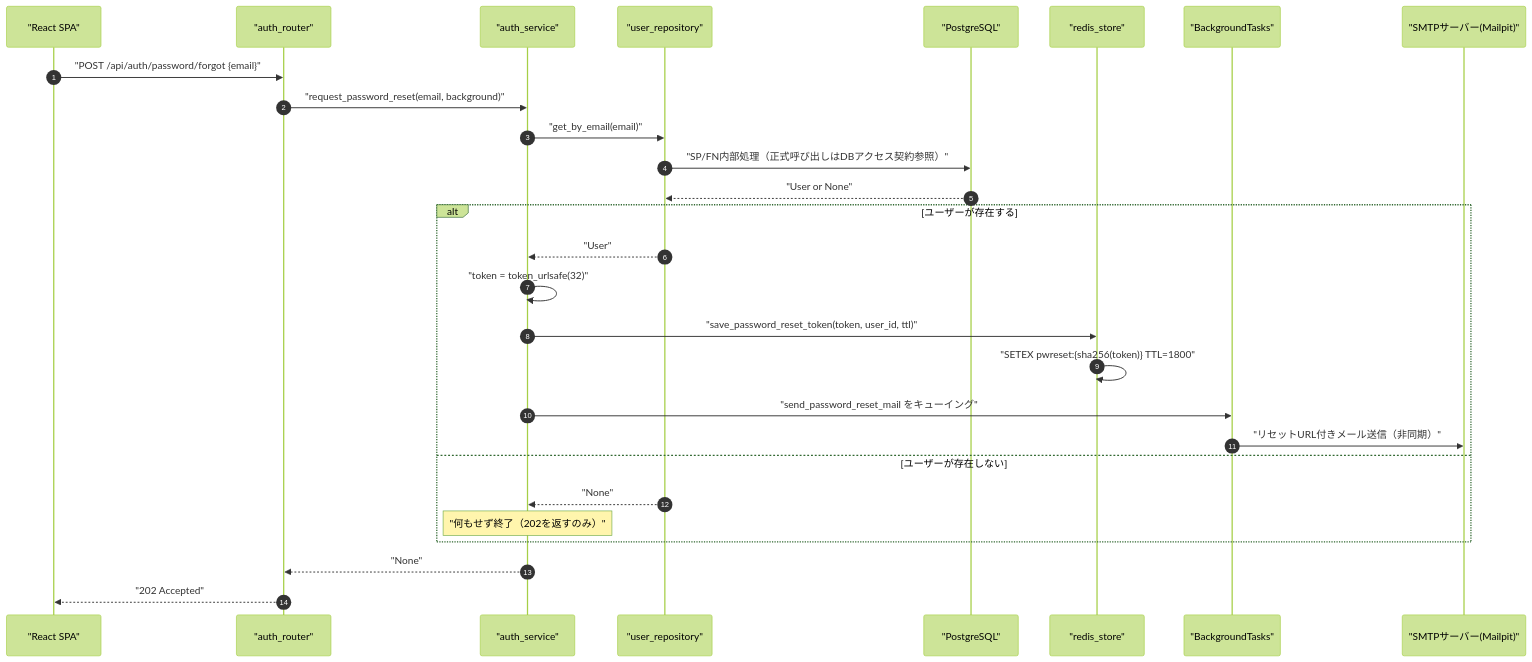
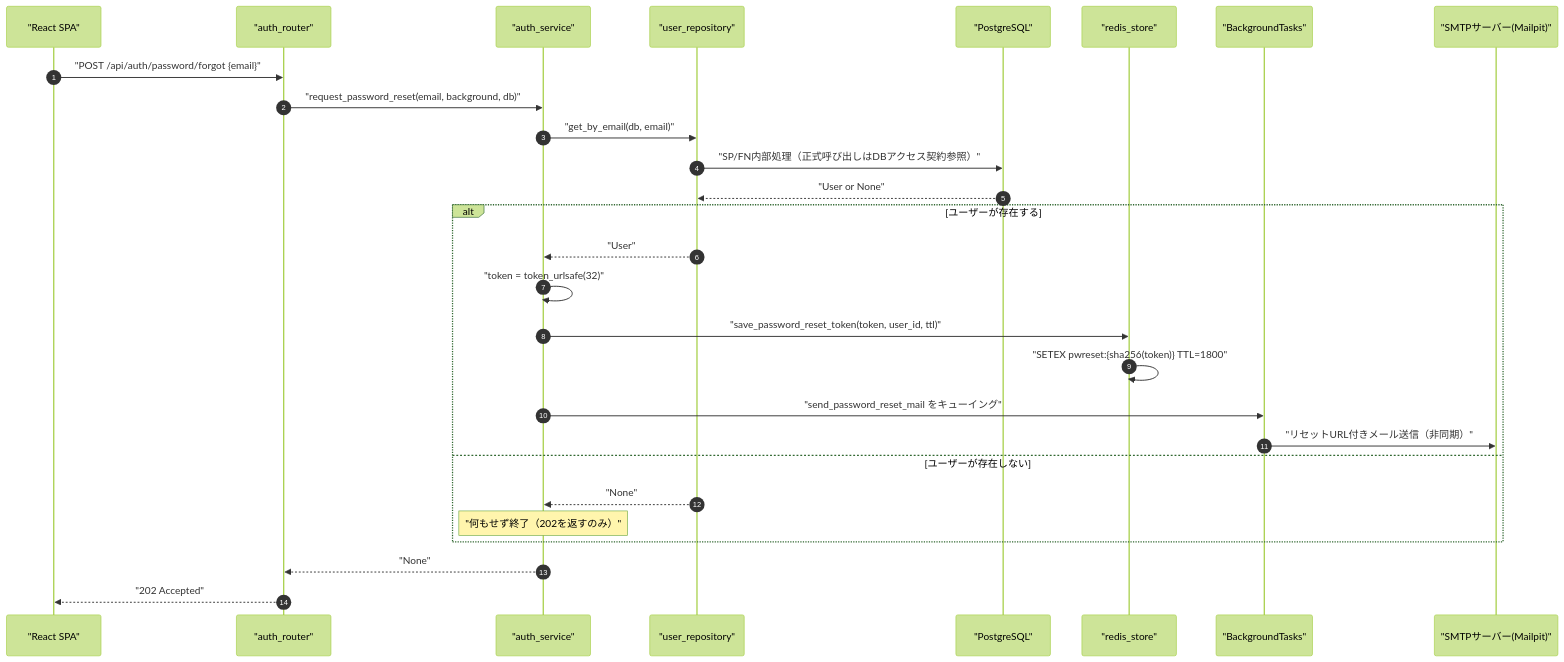
Before and after one commit to oikawa-d/task_management: the first of 4 diagrams in docs/detailed_design/api/auth/09_post_auth_password_forgot.md, drawn with Mermaid (forest theme). The commit also changed other lines of this file and 11 other files, not shown here.

````diff
--- a/docs/detailed_design/api/auth/09_post_auth_password_forgot.md
+++ b/docs/detailed_design/api/auth/09_post_auth_password_forgot.md
@@ -76,31 +76,31 @@
 ```mermaid
 sequenceDiagram
     autonumber
     participant FE as "React SPA"
     participant R as "auth_router"
     participant S as "auth_service"
     participant UR as "user_repository"
     participant PG as "PostgreSQL"
     participant RD as "redis_store"
     participant BG as "BackgroundTasks"
     participant SMTP as "SMTPサーバー(Mailpit)"
 
     FE->>R: "POST /api/auth/password/forgot {email}"
-    R->>S: "request_password_reset(email, background)"
-    S->>UR: "get_by_email(email)"
+    R->>S: "request_password_reset(email, background, db)"
+    S->>UR: "get_by_email(db, email)"
     UR->>PG: "SP/FN内部処理（正式呼び出しはDBアクセス契約参照）"
     PG-->>UR: "User or None"
     alt ユーザーが存在する
         UR-->>S: "User"
         S->>S: "token = token_urlsafe(32)"
         S->>RD: "save_password_reset_token(token, user_id, ttl)"
         RD->>RD: "SETEX pwreset:{sha256(token)} TTL=1800"
         S->>BG: "send_password_reset_mail をキューイング"
         BG->>SMTP: "リセットURL付きメール送信（非同期）"
     else ユーザーが存在しない
         UR-->>S: "None"
         Note over S: "何もせず終了（202を返すのみ）"
     end
     S-->>R: "None"
     R-->>FE: "202 Accepted"
 ```
````
